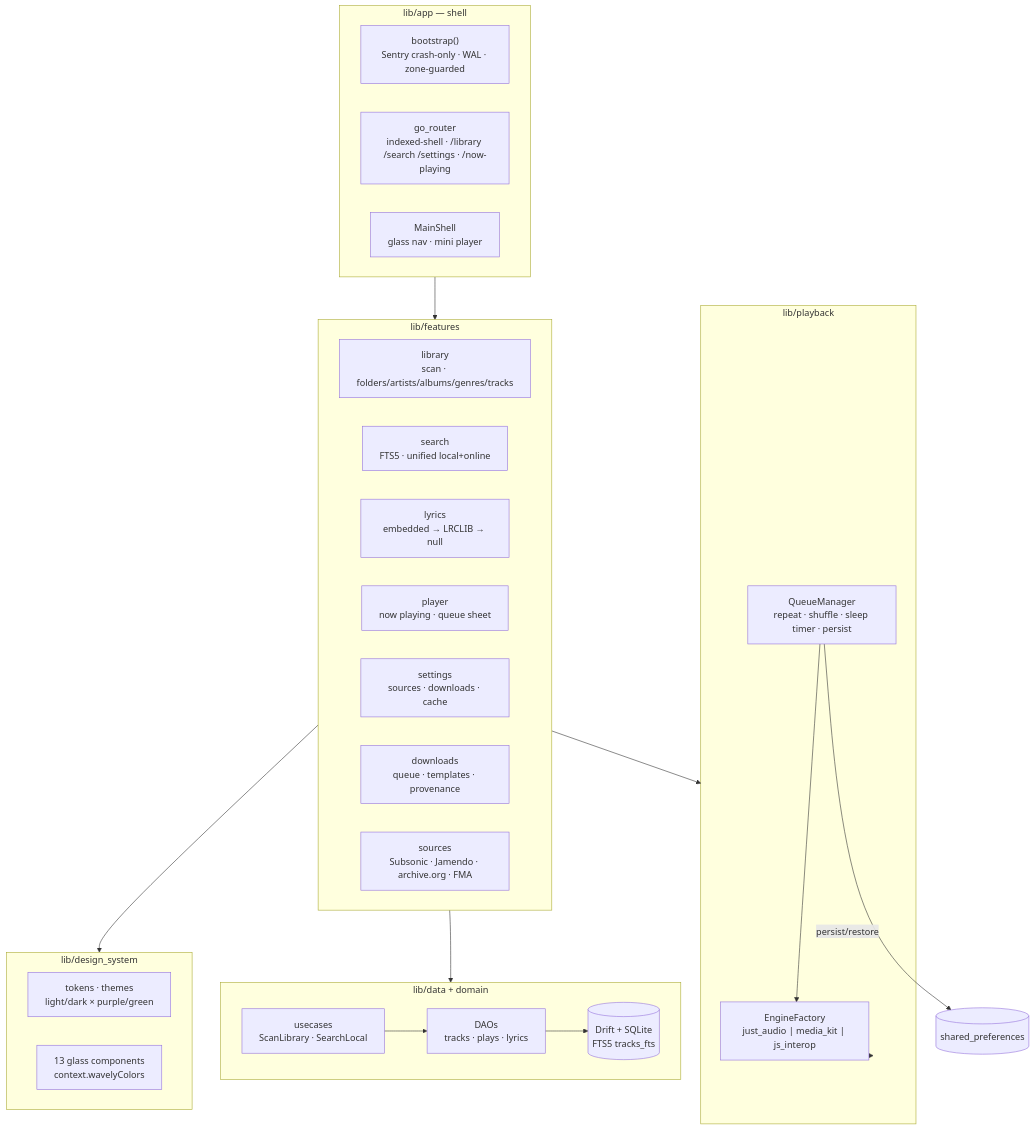
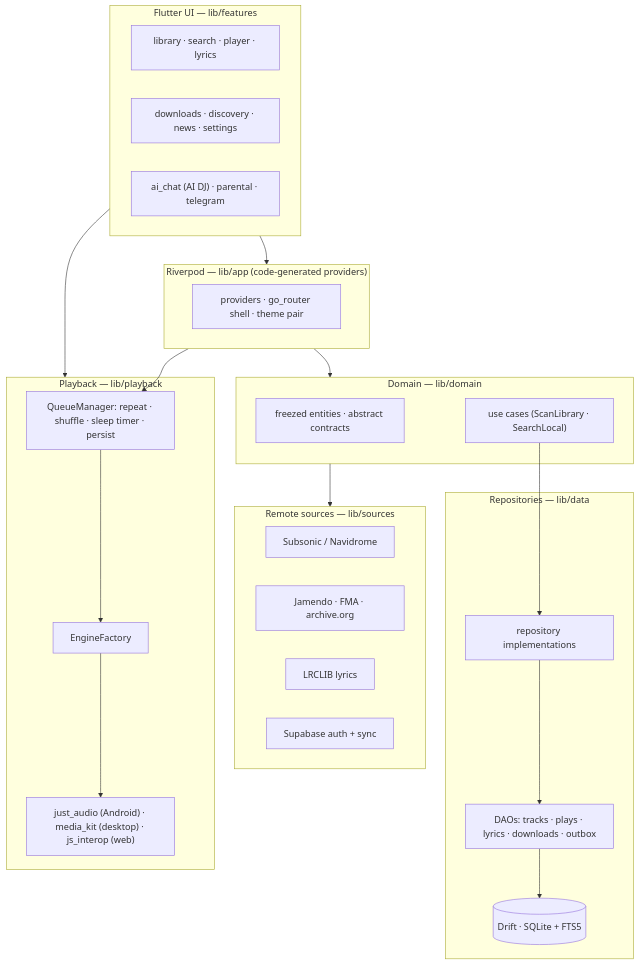
Before and after one commit to Dani-Devlop/Music_Wavely: the diagram in README.md, drawn with Mermaid. The commit also changed other lines of this file and 2 other files, not shown here.

First line of the commit message:
docs: professional README with features, architecture, and badges

````diff
--- a/README.md
+++ b/README.md
@@ -44,41 +87,43 @@
 ```mermaid
 flowchart TB
-    subgraph app["lib/app — shell"]
-        bootstrap["bootstrap()\nSentry crash-only · WAL · zone-guarded"]
-        router["go_router\nindexed-shell · /library /search /settings · /now-playing"]
-        shell["MainShell\nglass nav · mini player"]
+    subgraph ui["Flutter UI — lib/features"]
+        screens["library · search · player · lyrics"]
+        morefeat["downloads · discovery · news · settings"]
+        smart["ai_chat (AI DJ) · parental · telegram"]
     end
 
-    subgraph features["lib/features"]
-        library["library\nscan · folders/artists/albums/genres/tracks"]
-        search["search\nFTS5 · unified local+online"]
-        lyrics["lyrics\nembedded → LRCLIB → null"]
-        player["player\nnow playing · queue sheet"]
-        settings["settings\nsources · downloads · cache"]
-        downloads["downloads\nqueue · templates · provenance"]
-        sources["sources\nSubsonic · Jamendo · archive.org · FMA"]
+    subgraph state["Riverpod — lib/app (code-generated providers)"]
+        prov["providers · go_router shell · theme pair"]
     end
 
-    subgraph playback["lib/playback"]
-        qm["QueueManager\nrepeat · shuffle · sleep timer · persist"]
-        engines["EngineFactory\njust_audio | media_kit | js_interop"]
+    subgraph domain["Domain — lib/domain"]
+        ent["freezed entities · abstract contracts"]
+        uc["use cases (ScanLibrary · SearchLocal)"]
     end
 
-    subgraph data["lib/data + domain"]
-        drift[("Drift + SQLite\nFTS5 tracks_fts")]
-        daos["DAOs\ntracks · plays · lyrics"]
-        usecases["usecases\nScanLibrary · SearchLocal"]
+    subgraph data["Repositories — lib/data"]
+        repo["repository implementations"]
+        daos["DAOs: tracks · plays · lyrics · downloads · outbox"]
+        drift[("Drift · SQLite + FTS5")]
     end
 
-    subgraph ds["lib/design_system"]
-        tokens["tokens · themes\nlight/dark × purple/green"]
-        comps["13 glass components\ncontext.wavelyColors"]
+    subgraph remote["Remote sources — lib/sources"]
+        subsonic["Subsonic / Navidrome"]
+        catalogs["Jamendo · FMA · archive.org"]
+        lrc["LRCLIB lyrics"]
+        sb["Supabase auth + sync"]
     end
 
-    app --> features --> data
-    features --> playback --> engines
-    features --> ds
-    usecases --> daos --> drift
-    qm --> engines
-    qm -->|persist/restore| prefs[(shared_preferences)]
+    subgraph playback["Playback — lib/playback"]
+        qm["QueueManager: repeat · shuffle · sleep timer · persist"]
+        ef["EngineFactory"]
+        eng["just_audio (Android) · media_kit (desktop) · js_interop (web)"]
+    end
+
+    ui --> state --> domain
+    uc --> repo --> daos --> drift
+    domain --> remote
+    ui --> playback
+    qm --> ef --> eng
+    state --> qm
 ```
````
